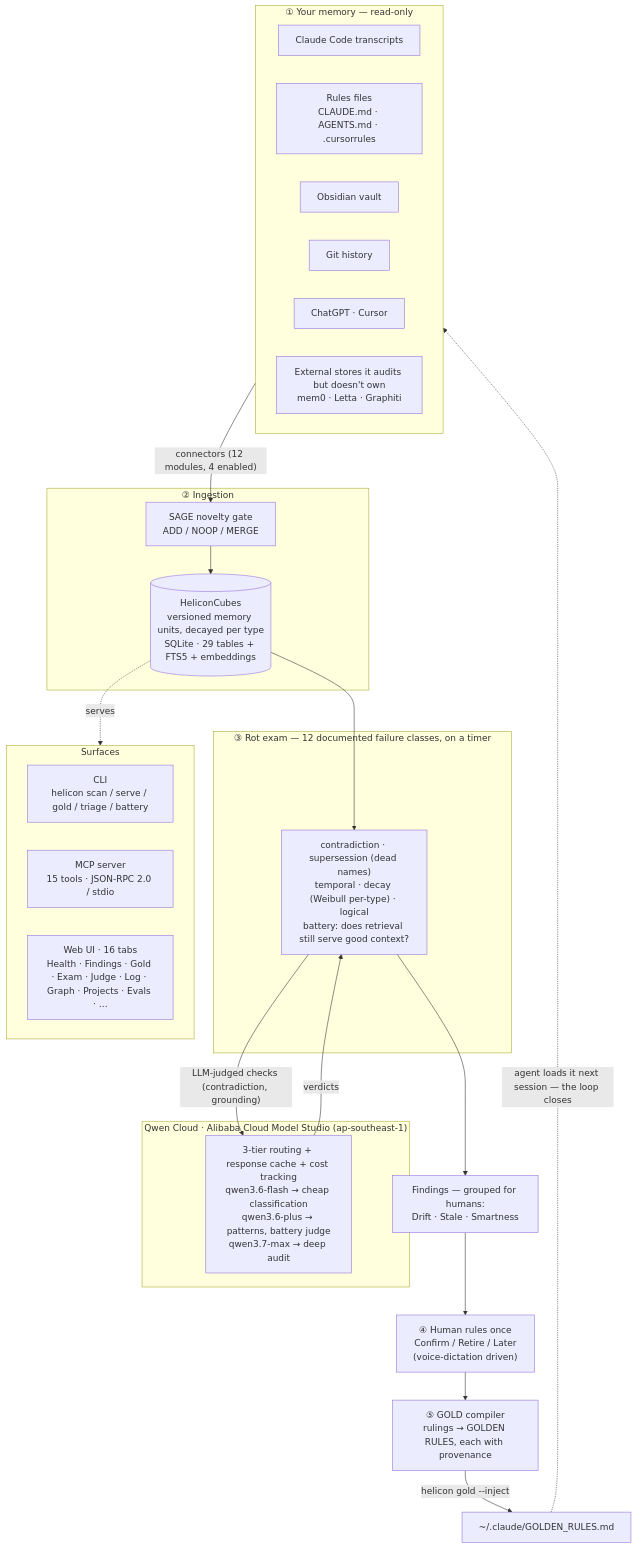
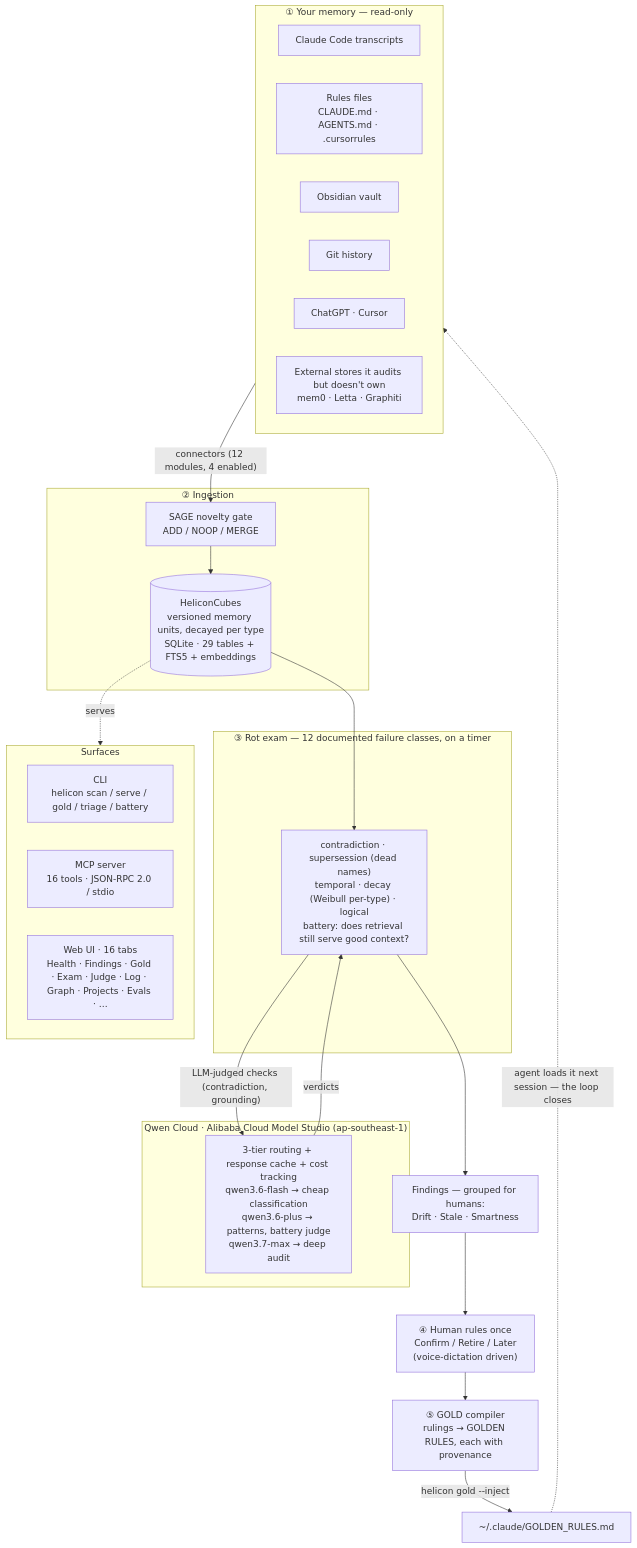
Before and after one commit to Morkeeth/mountain-of-helicon: the first of 2 diagrams in ARCHITECTURE.md, drawn with Mermaid. The commit also changed 11 other files, not shown here.

````diff
--- a/ARCHITECTURE.md
+++ b/ARCHITECTURE.md
@@ -11,45 +11,45 @@
 ```mermaid
 flowchart TD
   subgraph SRC["① Your memory — read-only"]
     A1["Claude Code transcripts"]
     A2["Rules files<br/>CLAUDE.md · AGENTS.md · .cursorrules"]
     A3["Obsidian vault"]
     A4["Git history"]
     A5["ChatGPT · Cursor"]
     A6["External stores it audits but doesn't own<br/>mem0 · Letta · Graphiti"]
   end
 
   SRC -->|"connectors (12 modules, 4 enabled)"| GATE
 
   subgraph INGEST["② Ingestion"]
     GATE["SAGE novelty gate<br/>ADD / NOOP / MERGE"]
     CUBES[("HeliconCubes<br/>versioned memory units, decayed per type<br/>SQLite · 29 tables + FTS5 + embeddings")]
     GATE --> CUBES
   end
 
   CUBES --> EXAM
 
   subgraph AUDIT["③ Rot exam — 12 documented failure classes, on a timer"]
     EXAM["contradiction · supersession (dead names)<br/>temporal · decay (Weibull per-type) · logical<br/>battery: does retrieval still serve good context?"]
   end
 
   EXAM -->|"LLM-judged checks (contradiction, grounding)"| QWEN
   QWEN -->|verdicts| EXAM
 
   subgraph QWENC["Qwen Cloud · Alibaba Cloud Model Studio (ap-southeast-1)"]
     QWEN["3-tier routing + response cache + cost tracking<br/>qwen3.6-flash → cheap classification<br/>qwen3.6-plus → patterns, battery judge<br/>qwen3.7-max → deep audit"]
   end
 
   EXAM --> FIND["Findings — grouped for humans:<br/>Drift · Stale · Smartness"]
   FIND --> HUMAN["④ Human rules once<br/>Confirm / Retire / Later<br/>(voice-dictation driven)"]
   HUMAN --> GOLD["⑤ GOLD compiler<br/>rulings → GOLDEN RULES, each with provenance"]
   GOLD -->|"helicon gold --inject"| INJECT["~/.claude/GOLDEN_RULES.md"]
   INJECT -.->|"agent loads it next session — the loop closes"| SRC
 
   CUBES -.serves.-> SURF
   subgraph SURF["Surfaces"]
     CLI["CLI<br/>helicon scan / serve / gold / triage / battery"]
-    MCP["MCP server<br/>15 tools · JSON-RPC 2.0 / stdio"]
+    MCP["MCP server<br/>16 tools · JSON-RPC 2.0 / stdio"]
     WEB["Web UI · 16 tabs<br/>Health · Findings · Gold · Exam · Judge · Log · Graph · Projects · Evals · …"]
   end
 ```
````
